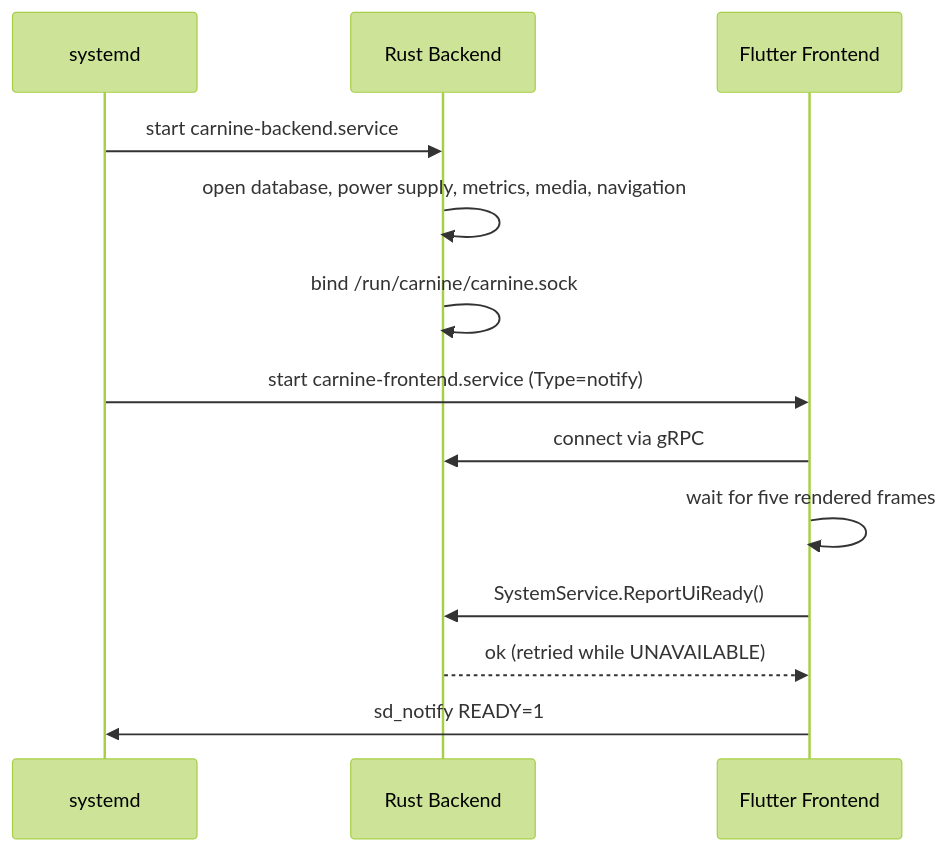
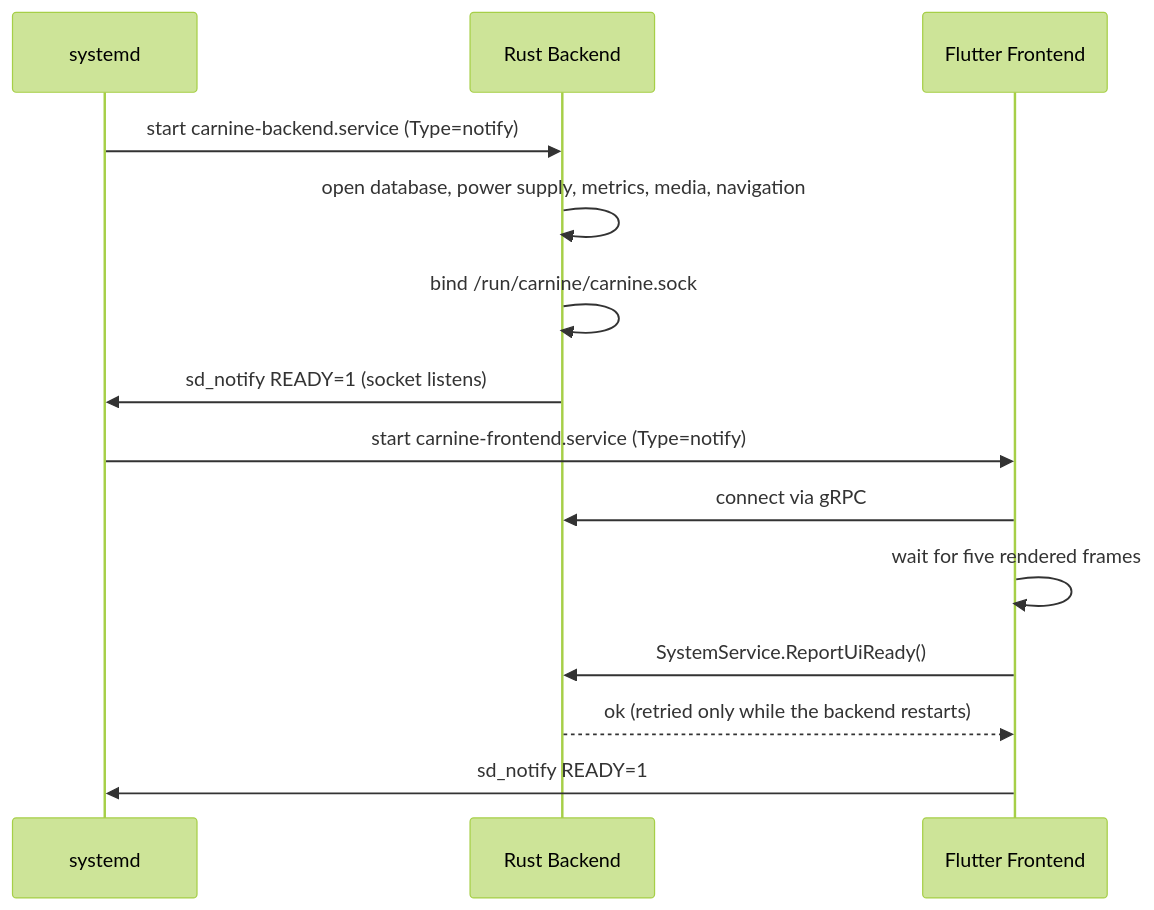
Before and after one commit to DerKleinePunk/carnine2: the first of 2 diagrams in docs/06-runtime.md, drawn with Mermaid (forest theme). The commit also changed other lines of this file, not shown here.

First line of the commit message:
Runtime: backend reports READY=1 once its socket listens

````diff
--- a/docs/06-runtime.md
+++ b/docs/06-runtime.md
@@ -215,16 +222,17 @@
 ```mermaid
 sequenceDiagram
     participant SD as systemd
     participant RB as Rust Backend
     participant FF as Flutter Frontend
 
-    SD->>RB: start carnine-backend.service
+    SD->>RB: start carnine-backend.service (Type=notify)
     RB->>RB: open database, power supply, metrics, media, navigation
     RB->>RB: bind /run/carnine/carnine.sock
+    RB->>SD: sd_notify READY=1 (socket listens)
     SD->>FF: start carnine-frontend.service (Type=notify)
     FF->>RB: connect via gRPC
     FF->>FF: wait for five rendered frames
     FF->>RB: SystemService.ReportUiReady()
-    RB-->>FF: ok (retried while UNAVAILABLE)
+    RB-->>FF: ok (retried only while the backend restarts)
     FF->>SD: sd_notify READY=1
 ```
````
